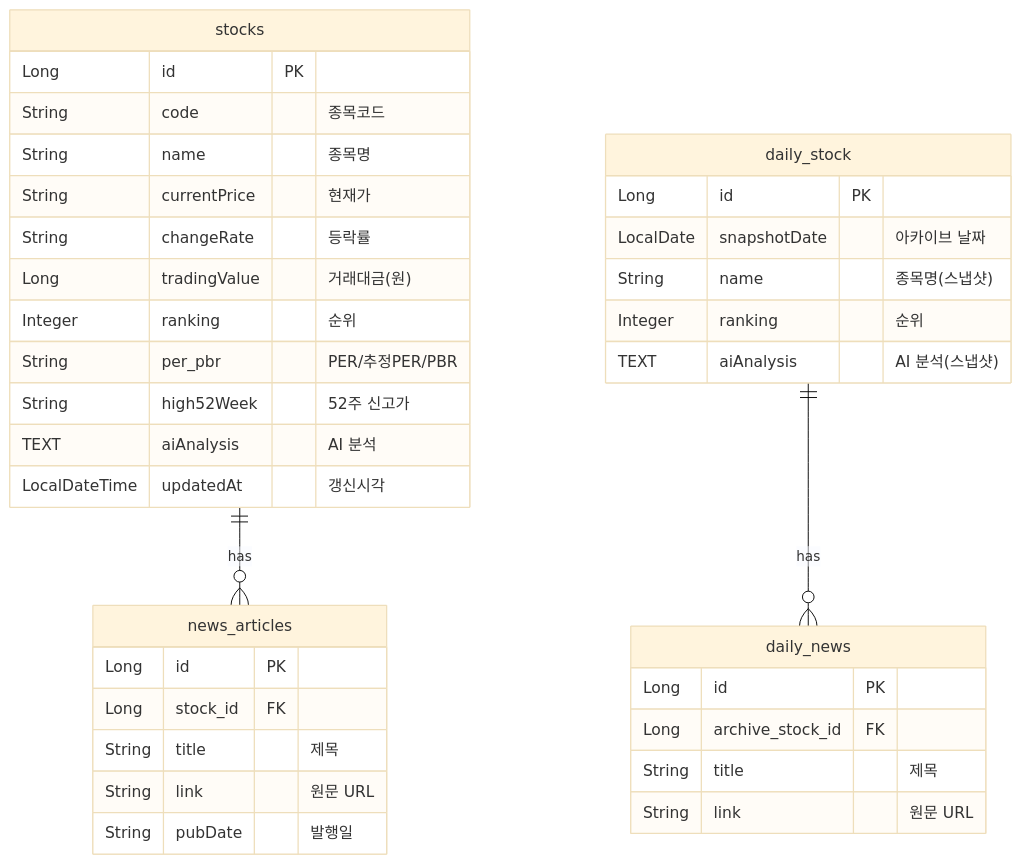
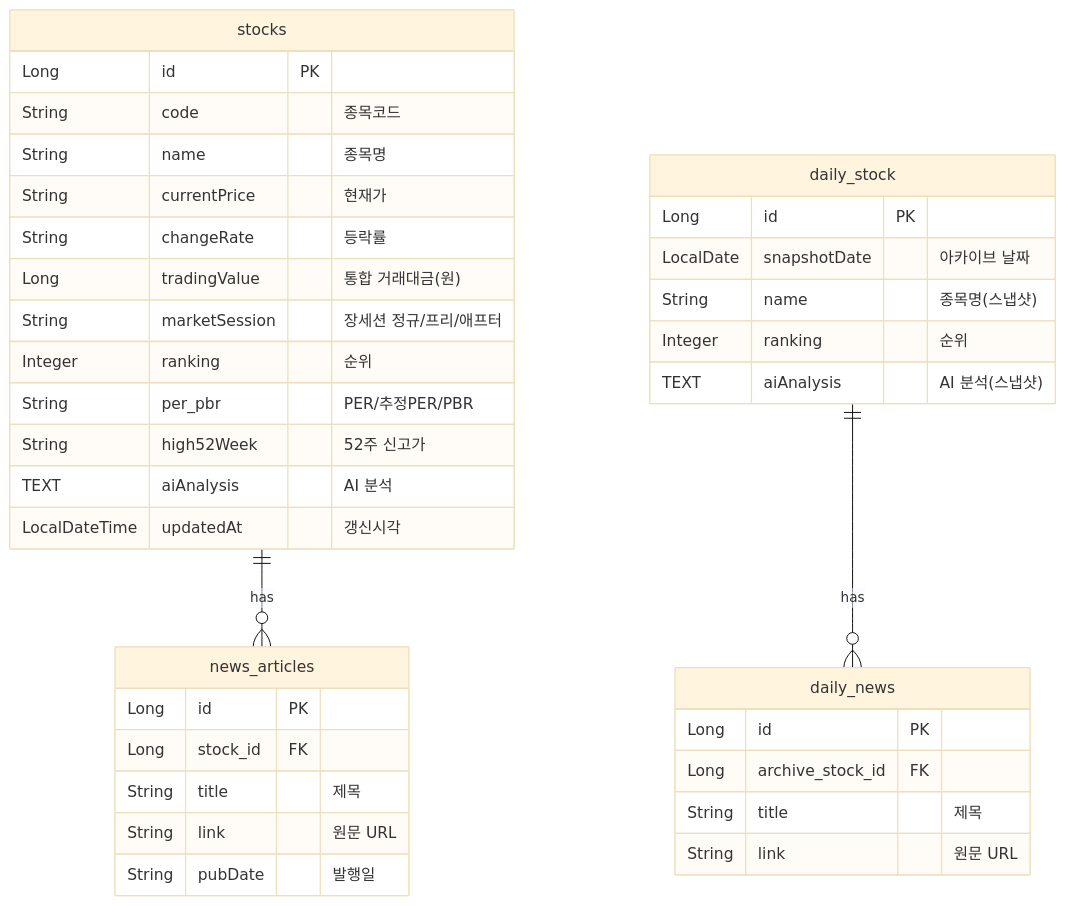
One commit to zizonpubao/AI_stock_news changed the third of 3 diagrams in README.md. Above: the diagram before and after it, drawn with Mermaid (base theme). The commit also changed other lines of this file and 9 other files, not shown here.

Commit message:
feat(price): 넥스트레이드(NXT) 프리장·애프터마켓 실시간 가격 반영 + 통합 거래대금, 스케줄 8~20시, 공휴일 자동 휴장 감지, 장세션 뱃지

````diff
--- a/README.md
+++ b/README.md
@@ -212,39 +214,40 @@
 ```mermaid
 erDiagram
     stocks ||--o{ news_articles : "has"
     daily_stock ||--o{ daily_news : "has"
 
     stocks {
         Long id PK
         String code "종목코드"
         String name "종목명"
         String currentPrice "현재가"
         String changeRate "등락률"
-        Long tradingValue "거래대금(원)"
+        Long tradingValue "통합 거래대금(원)"
+        String marketSession "장세션 정규/프리/애프터"
         Integer ranking "순위"
         String per_pbr "PER/추정PER/PBR"
         String high52Week "52주 신고가"
         TEXT aiAnalysis "AI 분석"
         LocalDateTime updatedAt "갱신시각"
     }
     news_articles {
         Long id PK
         Long stock_id FK
         String title "제목"
         String link "원문 URL"
         String pubDate "발행일"
     }
     daily_stock {
         Long id PK
         LocalDate snapshotDate "아카이브 날짜"
         String name "종목명(스냅샷)"
         Integer ranking "순위"
         TEXT aiAnalysis "AI 분석(스냅샷)"
     }
     daily_news {
         Long id PK
         Long archive_stock_id FK
         String title "제목"
         String link "원문 URL"
     }
 ```
````
